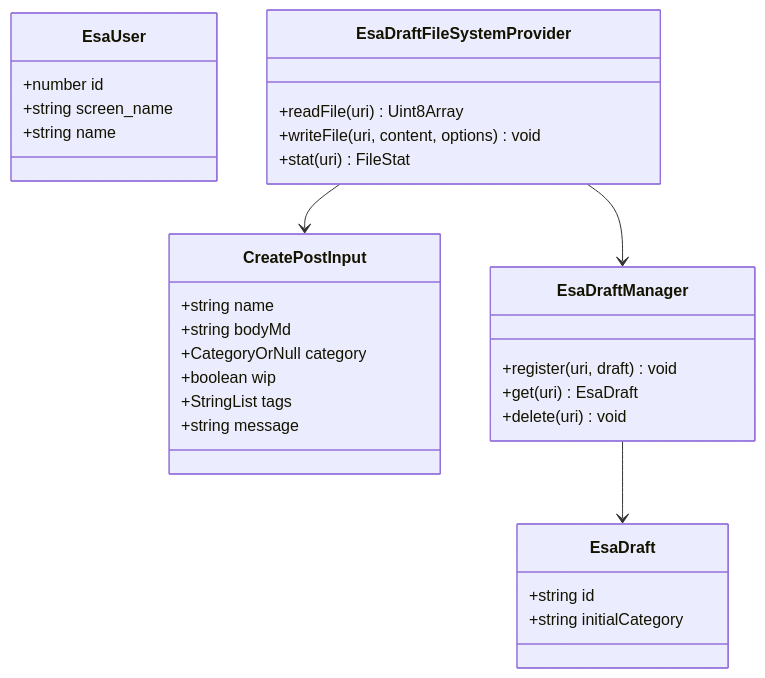
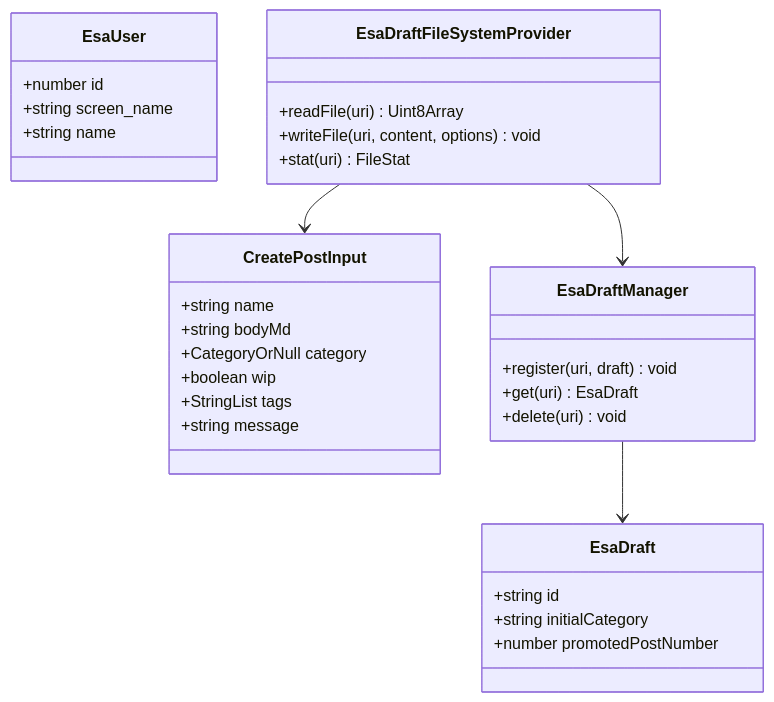
One commit to LevelCapCoJapanTools/vscode_esa_explorer changed the eighth of 8 diagrams in .github/copilot/plans/3-create-post.md. Above: the diagram before and after it, drawn with Mermaid. The commit also changed other lines of this file and 1 other file, not shown here.

````diff
--- a/.github/copilot/plans/3-create-post.md
+++ b/.github/copilot/plans/3-create-post.md
@@ -252,33 +280,34 @@
 ```mermaid
 classDiagram
     class CreatePostInput {
         +string name
         +string bodyMd
         +CategoryOrNull category
         +boolean wip
         +StringList tags
         +string message
     }
     class EsaUser {
         +number id
         +string screen_name
         +string name
     }
     class EsaDraft {
         +string id
         +string initialCategory
+        +number promotedPostNumber
     }
     class EsaDraftManager {
         +register(uri, draft) void
         +get(uri) EsaDraft
         +delete(uri) void
     }
     class EsaDraftFileSystemProvider {
         +readFile(uri) Uint8Array
         +writeFile(uri, content, options) void
         +stat(uri) FileStat
     }
     EsaDraftManager --> EsaDraft
     EsaDraftFileSystemProvider --> EsaDraftManager
     EsaDraftFileSystemProvider --> CreatePostInput
 ```
````
